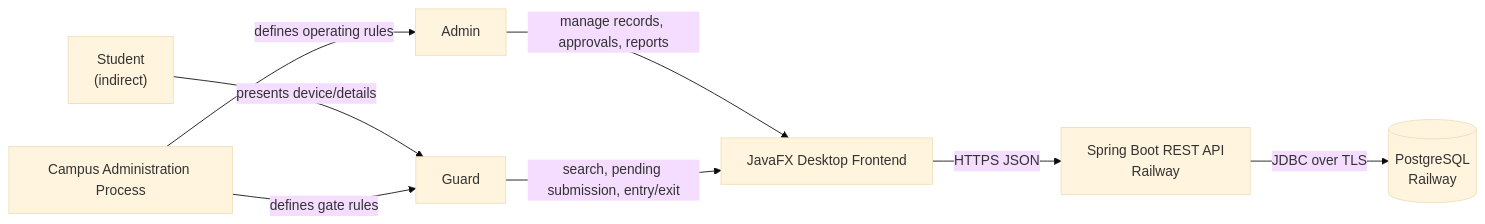
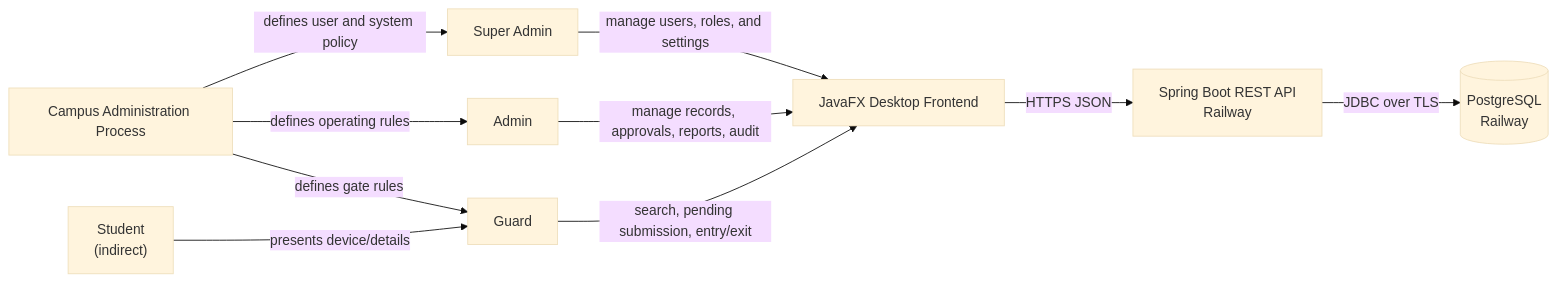
Before and after one commit to isnotfred/javafx-byod-client: the diagram in docs/architecture/diagrams/mermaid/system-context.mmd, drawn with Mermaid (base theme). The commit also changed 48 other files, not shown here.

Commit message:
Update system analysis and architecture documentation

```diff
--- a/docs/architecture/diagrams/mermaid/system-context.mmd
+++ b/docs/architecture/diagrams/mermaid/system-context.mmd
@@ -1,16 +1,19 @@
 flowchart LR
+    SuperAdmin["Super Admin"]
     Admin["Admin"]
     Guard["Guard"]
     Student["Student\n(indirect)"]
     Frontend["JavaFX Desktop Frontend"]
     Backend["Spring Boot REST API\nRailway"]
     DB[("PostgreSQL\nRailway")]
     Policy["Campus Administration Process"]
 
-    Admin -->|"manage records, approvals, reports"| Frontend
+    SuperAdmin -->|"manage users, roles, and settings"| Frontend
+    Admin -->|"manage records, approvals, reports, audit"| Frontend
     Guard -->|"search, pending submission, entry/exit"| Frontend
     Student -->|"presents device/details"| Guard
     Frontend -->|"HTTPS JSON"| Backend
     Backend -->|"JDBC over TLS"| DB
+    Policy -->|"defines user and system policy"| SuperAdmin
     Policy -->|"defines operating rules"| Admin
     Policy -->|"defines gate rules"| Guard
```
